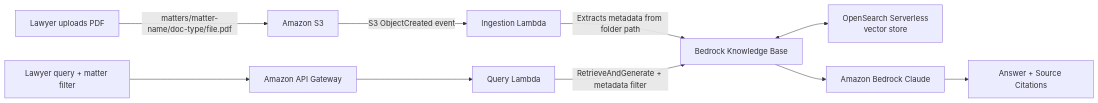
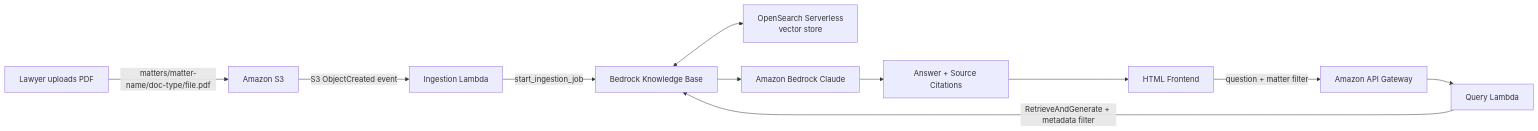
Before and after one commit to nathanielkay11-tech/aws-bedrock-rag-pipeline: the diagram in README.md, drawn with Mermaid. The commit also changed 1 other file, not shown here.

Commit message:
docs: update architecture diagram and add ADR-010

````diff
--- a/README.md
+++ b/README.md
@@ -150,12 +150,13 @@
 ```mermaid
 graph LR
     A[Lawyer uploads PDF] -->|matters/matter-name/doc-type/file.pdf| B[Amazon S3]
     B -->|S3 ObjectCreated event| C[Ingestion Lambda]
-    C -->|Extracts metadata from folder path| D[Bedrock Knowledge Base]
+    C -->|start_ingestion_job| D[Bedrock Knowledge Base]
     D <--> E[OpenSearch Serverless\nvector store]
-    F[Lawyer query + matter filter] --> G[Amazon API Gateway]
+    F[HTML Frontend] -->|question + matter filter| G[Amazon API Gateway]
     G --> H[Query Lambda]
     H -->|RetrieveAndGenerate + metadata filter| D
     D --> I[Amazon Bedrock Claude]
     I --> J[Answer + Source Citations]
+    J --> F
 ```
````
